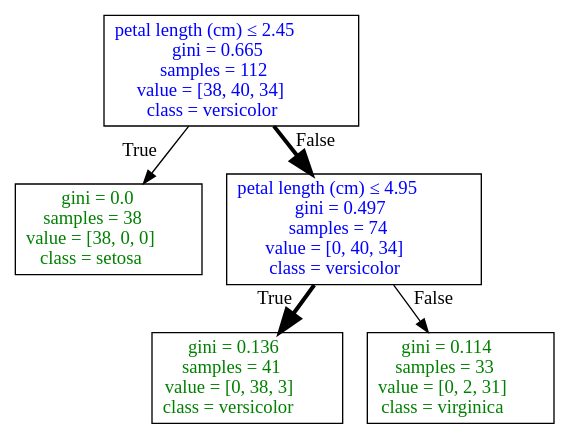
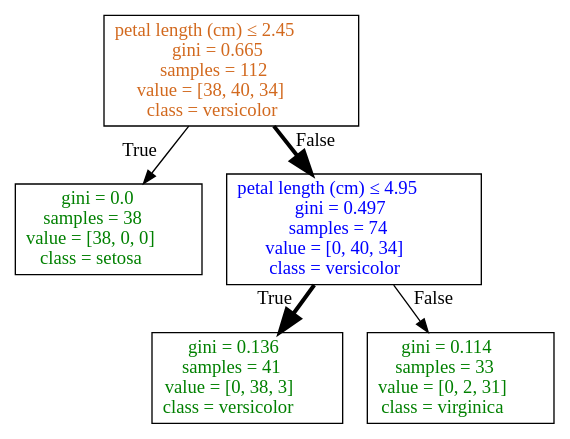
One commit to mGalarnyk/Python_Tutorials changed the diagram in Sklearn/DecisionTrees/Graphviz_Dot_Examples/irisGreenLeafBlueDecisionDepth2Example.dot. Above: the diagram before and after it, drawn with Graphviz. The commit also changed 8 other files, not shown here.

```diff
--- a/Sklearn/DecisionTrees/Graphviz_Dot_Examples/irisGreenLeafBlueDecisionDepth2Example.dot
+++ b/Sklearn/DecisionTrees/Graphviz_Dot_Examples/irisGreenLeafBlueDecisionDepth2Example.dot
@@ -1,12 +1,12 @@
 digraph Tree {
 node [shape=box, style=filled,fillcolor="#FFFFFF"] ;
-0 [label=<<FONT COLOR="#0000FF">petal length (cm) &le; 2.45<br/>gini = 0.665<br/>samples = 112<br/>value = [38, 40, 34]<br/>class = versicolor</FONT>>] ;
+0 [label=<<FONT COLOR="#D2691E">petal length (cm) &le; 2.45<br/>gini = 0.665<br/>samples = 112<br/>value = [38, 40, 34]<br/>class = versicolor</FONT>>] ;
 1 [label=<<FONT COLOR="#008000">gini = 0.0<br/>samples = 38<br/>value = [38, 0, 0]<br/>class = setosa</FONT>>] ;
 0 -> 1 [labeldistance=2.5, labelangle=45, headlabel="True"] ;
 2 [label=<<FONT COLOR="#0000FF">petal length (cm) &le; 4.95<br/>gini = 0.497<br/>samples = 74<br/>value = [0, 40, 34]<br/>class = versicolor</FONT>>] ;
 0 -> 2 [labeldistance=2.5, labelangle=-45, headlabel="False", arrowsize=1.7, penwidth = 3] ;
 3 [label=<<FONT COLOR="#008000">gini = 0.136<br/>samples = 41<br/>value = [0, 38, 3]<br/>class = versicolor</FONT>>] ;
 2 -> 3 [labeldistance=2.5, labelangle=45, headlabel="True", arrowsize=1.7, penwidth = 3];
 4 [label=<<FONT COLOR="#008000">gini = 0.114<br/>samples = 33<br/>value = [0, 2, 31]<br/>class = virginica</FONT>>] ;
 2 -> 4 [labeldistance=2.5, labelangle=-45, headlabel="False"];
 }
```
